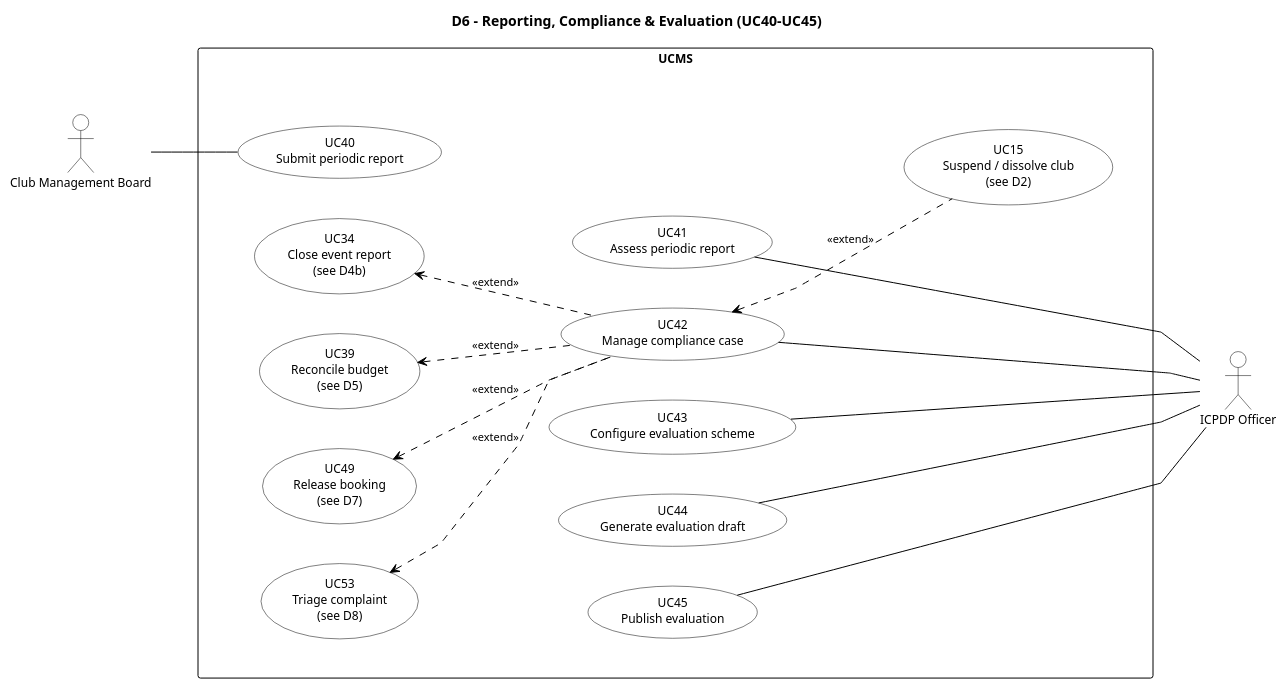
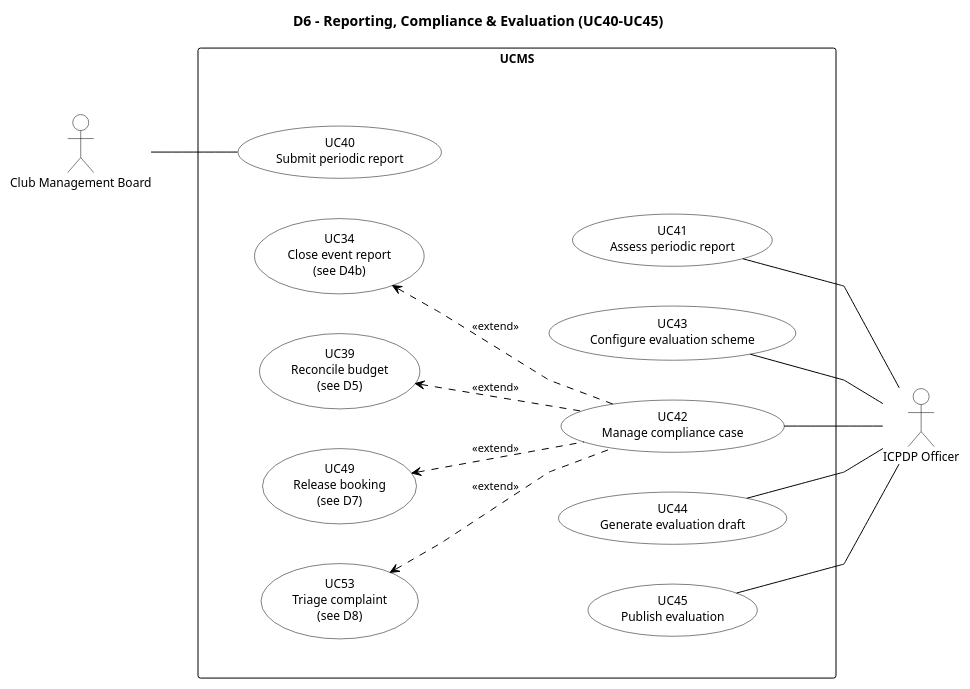
One commit to nvdekay/ClubManagementSystem changed the diagram in docs/diagrams/v2/D6_ReportingEvaluation.puml. Above: the diagram before and after it, drawn with PlantUML. The commit also changed 6 other files, not shown here.

First line of the commit message:
docs(diagrams): draw UC15 extends UC42 on D2 instead of D6

```diff
--- a/docs/diagrams/v2/D6_ReportingEvaluation.puml
+++ b/docs/diagrams/v2/D6_ReportingEvaluation.puml
@@ -1,76 +1,73 @@
 @startuml v2_D6_ReportingEvaluation
 left to right direction
 skinparam linetype polyline
 skinparam nodesep 40
 skinparam ranksep 60
 skinparam backgroundColor White
 skinparam shadowing false
 skinparam defaultFontName Helvetica
 skinparam defaultFontSize 12
 skinparam ArrowColor Black
 skinparam ArrowFontSize 11
 skinparam actor {
   BackgroundColor White
   BorderColor Black
 }
 skinparam usecase {
   BackgroundColor White
   BorderColor Black
 }
 skinparam rectangle {
   BackgroundColor White
   BorderColor Black
 }
 skinparam package {
   BackgroundColor White
   BorderColor Black
 }
 ' inner frame: invisible, only adds padding inside the system boundary
 skinparam rectangle<<inner>> {
   BorderColor Transparent
   FontColor Transparent
 }
 hide <<inner>> stereotype
 
 title D6 - Reporting, Compliance & Evaluation (UC40-UC45)
 
 actor "Club Management Board" as CMB
 actor "ICPDP Officer" as ICPDP
 
 rectangle "UCMS" {
   rectangle " " <<inner>> {
     usecase "UC40\nSubmit periodic report" as UC40
     usecase "UC41\nAssess periodic report" as UC41
     usecase "UC42\nManage compliance case" as UC42
     usecase "UC43\nConfigure evaluation scheme" as UC43
     usecase "UC44\nGenerate evaluation draft" as UC44
     usecase "UC45\nPublish evaluation" as UC45
     usecase "UC34\nClose event report\n(see D4b)" as UC34
     usecase "UC39\nReconcile budget\n(see D5)" as UC39
     usecase "UC49\nRelease booking\n(see D7)" as UC49
     usecase "UC53\nTriage complaint\n(see D8)" as UC53
-    usecase "UC15\nSuspend / dissolve club\n(see D2)" as UC15
   }
 }
 
 CMB -- UC40
 
 UC41 -- ICPDP
 UC42 -- ICPDP
 UC43 -- ICPDP
 UC44 -- ICPDP
 UC45 -- ICPDP
 
 UC34 <.. UC42 : <<extend>>
 UC39 <.. UC42 : <<extend>>
 UC49 <.. UC42 : <<extend>>
 UC53 <.. UC42 : <<extend>>
-UC42 <.. UC15 : <<extend>>
 
 ' layout only: keep ICPDP in its own column to the right of the frame
 UC34 -[hidden]- UC41
 UC39 -[hidden]- UC43
 UC49 -[hidden]- UC44
 UC53 -[hidden]- UC45
-UC15 -[hidden]- ICPDP
 @enduml
```
